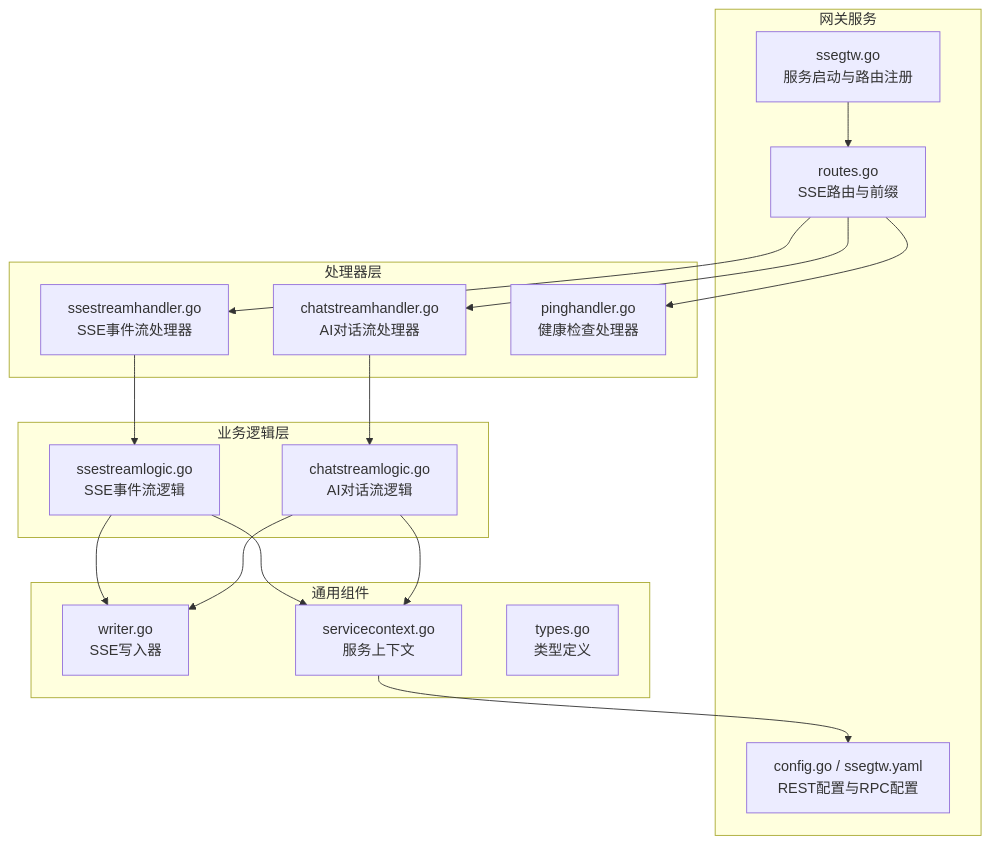
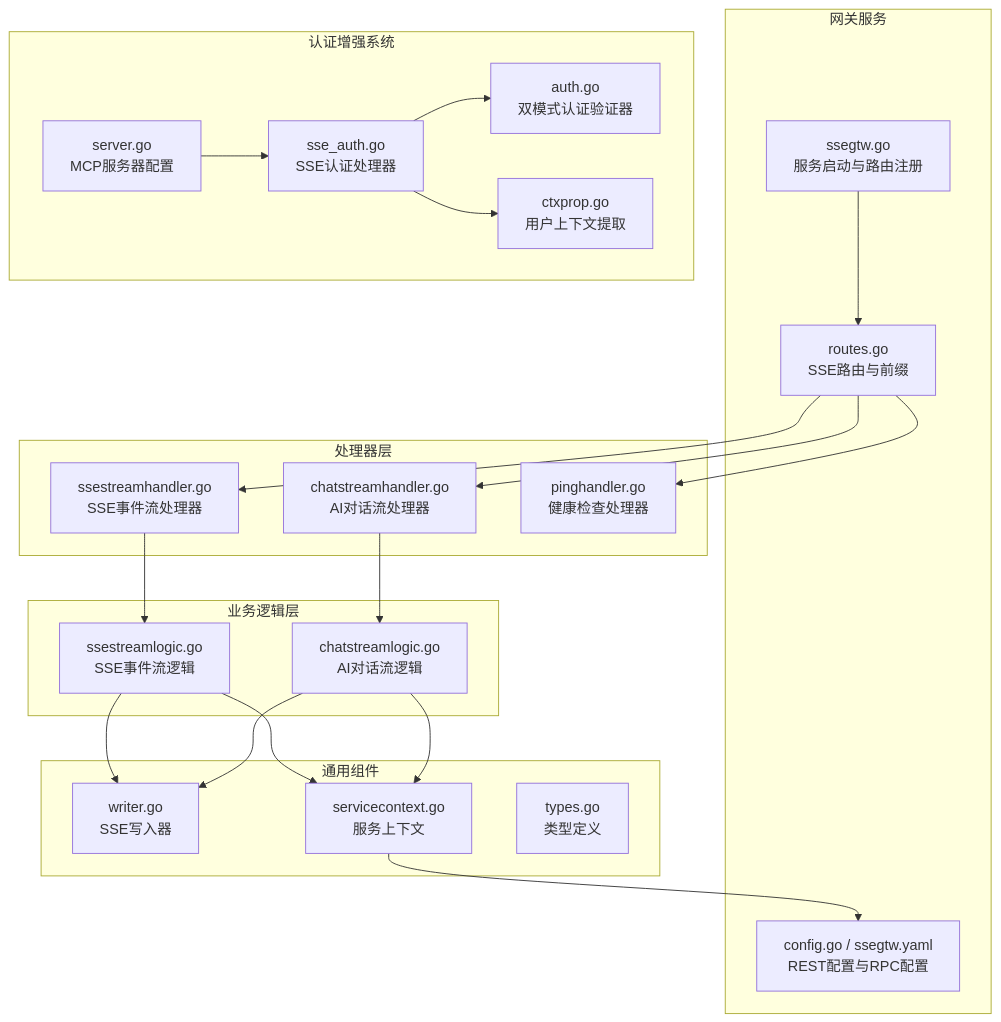
The first of 11 diagrams in .qoder/repowiki/zh/content/实时通信模块/Server-Sent Events流式传输.md (maomao94/zero-service), drawn with Mermaid before and after one commit. The commit also changed other lines of this file and 11 other files, not shown here.

````diff
--- a/.qoder/repowiki/zh/content/实时通信模块/Server-Sent Events流式传输.md
+++ b/.qoder/repowiki/zh/content/实时通信模块/Server-Sent Events流式传输.md
@@ -46,33 +63,42 @@
 ```mermaid
 graph TB
 subgraph "网关服务"
 A["ssegtw.go<br/>服务启动与路由注册"]
 B["routes.go<br/>SSE路由与前缀"]
 C["config.go / ssegtw.yaml<br/>REST配置与RPC配置"]
 end
 subgraph "处理器层"
 D["ssestreamhandler.go<br/>SSE事件流处理器"]
 E["chatstreamhandler.go<br/>AI对话流处理器"]
 F["pinghandler.go<br/>健康检查处理器"]
 end
 subgraph "业务逻辑层"
 G["ssestreamlogic.go<br/>SSE事件流逻辑"]
 H["chatstreamlogic.go<br/>AI对话流逻辑"]
 end
 subgraph "通用组件"
 I["writer.go<br/>SSE写入器"]
 J["servicecontext.go<br/>服务上下文"]
 K["types.go<br/>类型定义"]
 end
+subgraph "认证增强系统"
+L["sse_auth.go<br/>SSE认证处理器"]
+M["auth.go<br/>双模式认证验证器"]
+N["ctxprop.go<br/>用户上下文提取"]
+O["server.go<br/>MCP服务器配置"]
+end
 A --> B
 B --> D
 B --> E
 B --> F
 D --> G
 E --> H
 G --> I
 H --> I
 G --> J
 H --> J
 J --> C
+L --> M
+L --> N
+O --> L
 ```
````
